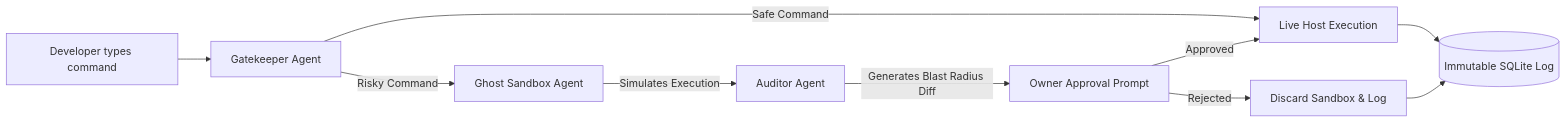
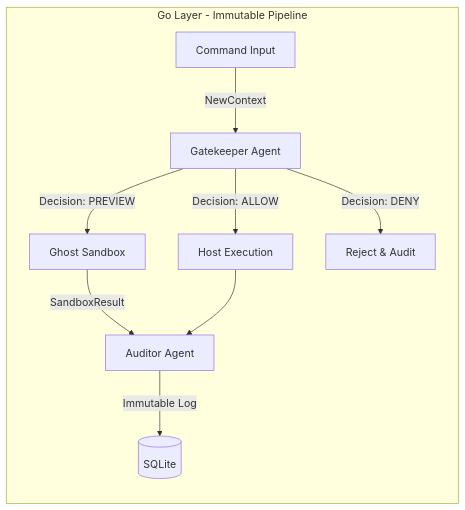
Before and after one commit to aryawadhwa/Dike: the second of 2 diagrams in README.md, drawn with Mermaid. The commit also changed other lines of this file and 13 other files, not shown here.

````diff
--- a/README.md
+++ b/README.md
@@ -35,15 +71,12 @@
 ```mermaid
 flowchart LR
-  Developer[Developer types command] --> Gatekeeper[Gatekeeper Agent]
-  Gatekeeper -->|Safe Command| Host[Live Host Execution]
-  Gatekeeper -->|Risky Command| Ghost[Ghost Sandbox Agent]
-  
-  Ghost -->|Simulates Execution| Auditor[Auditor Agent]
-  Auditor -->|Generates Blast Radius Diff| Prompt[Owner Approval Prompt]
-  
-  Prompt -->|Rejected| Discard[Discard Sandbox & Log]
-  Prompt -->|Approved| Host
-  
-  Host --> DB[(Immutable SQLite Log)]
-  Discard --> DB
+  subgraph "Go Layer - Immutable Pipeline"
+    Input[Command Input] -->|NewContext| GK[Gatekeeper Agent]
+    GK -->|Decision: ALLOW| Host[Host Execution]
+    GK -->|Decision: PREVIEW| Ghost[Ghost Sandbox]
+    GK -->|Decision: DENY| Deny[Reject & Audit]
+    Ghost -->|SandboxResult| Audit[Auditor Agent]
+    Audit -->|Immutable Log| DB[(SQLite)]
+    Host --> Audit
+  end
 ```
````
